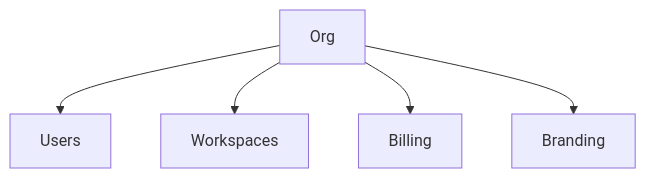
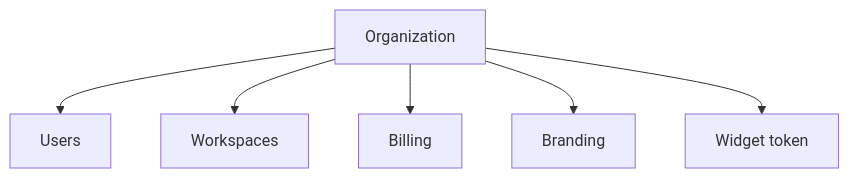
One commit to qefro-ai/qefro-documentation changed the diagram in docs/platform/organizations.mdx. Above: the diagram before and after it, drawn with Mermaid. The commit also changed other lines of this file and 46 other files, not shown here.

````diff
--- a/docs/platform/organizations.mdx
+++ b/docs/platform/organizations.mdx
@@ -37,7 +37,8 @@
 ```mermaid
 flowchart TB
-  Org --> Users
+  Org[Organization] --> Users
   Org --> Workspaces
   Org --> Billing
   Org --> Branding
+  Org --> WidgetToken[Widget token]
 ```
````
